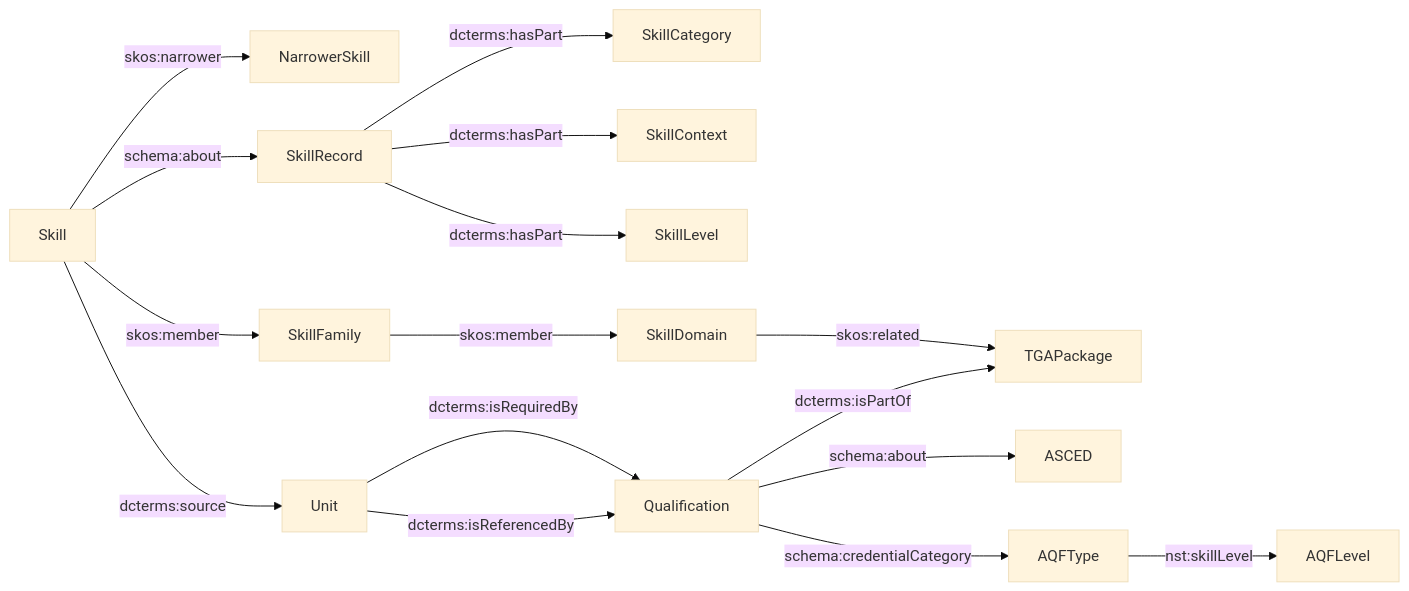
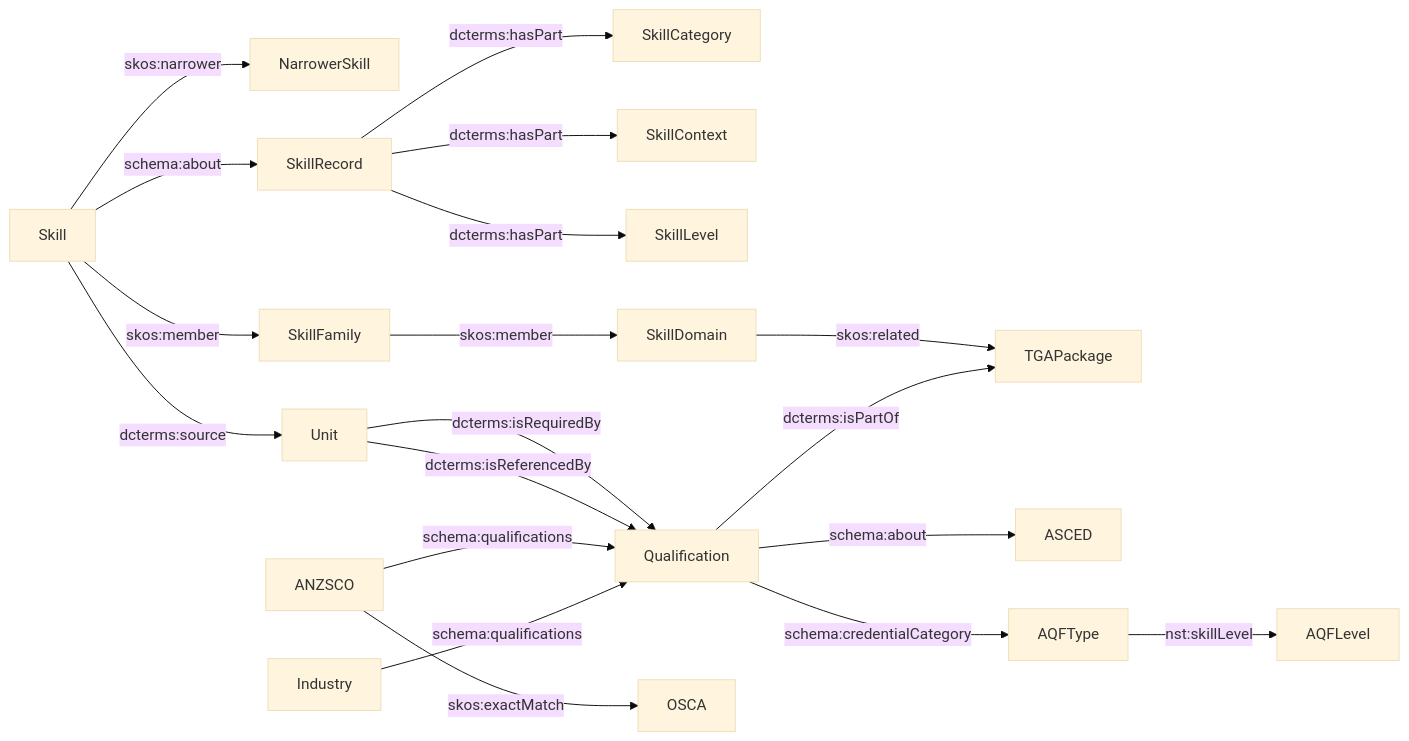
Before and after one commit to leskneebone/skills-SPARQL: the diagram in README.md, drawn with Mermaid (base theme).

````diff
--- a/README.md
+++ b/README.md
@@ -53,19 +53,22 @@
 ```mermaid
 flowchart LR
   Skill -->|skos:narrower| NarrowerSkill
   Skill -->|dcterms:source | Unit
   Skill -->|schema:about | SkillRecord
   SkillRecord-->|dcterms:hasPart | SkillCategory
   SkillRecord-->|dcterms:hasPart | SkillContext
   SkillRecord-->|dcterms:hasPart | SkillLevel
   Skill -->|skos:member | SkillFamily
   SkillFamily -->|skos:member | SkillDomain
   SkillDomain -->|skos:related | TGAPackage
   Unit -->|dcterms:isRequiredBy| Qualification
   Unit -->|dcterms:isReferencedBy | Qualification
   Qualification -->|dcterms:isPartOf | TGAPackage
   Qualification -->|schema:about | ASCED
   Qualification -->|schema:credentialCategory | AQFType
   AQFType -->|nst:skillLevel | AQFLevel
+  ANZSCO -->|schema:qualifications | Qualification
+  ANZSCO -->|skos:exactMatch | OSCA
+  Industry -->|schema:qualifications | Qualification
 
 ```
````
